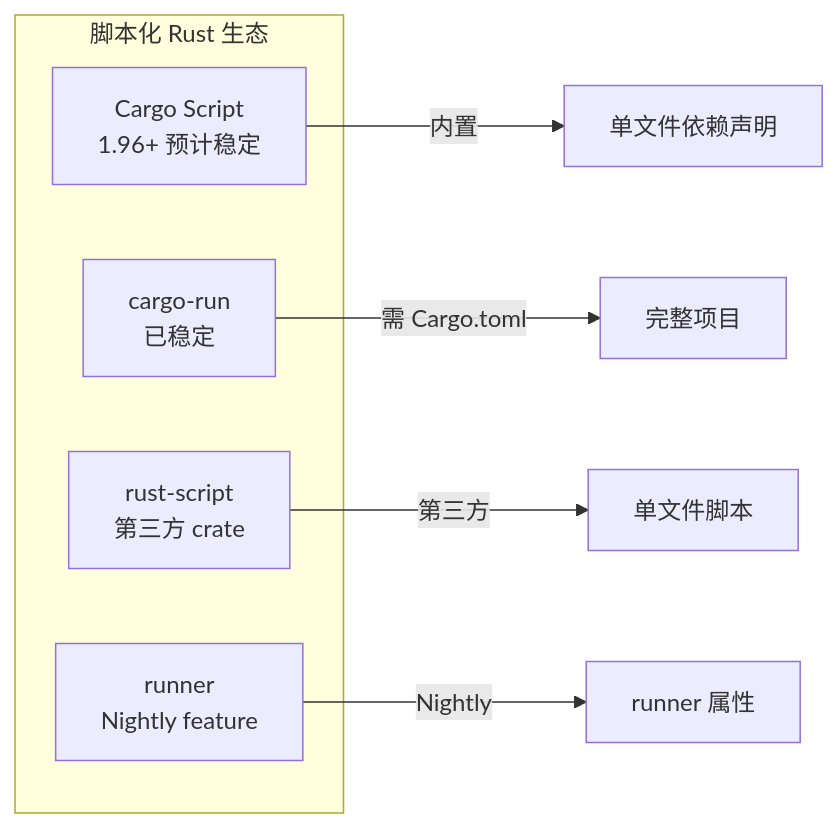
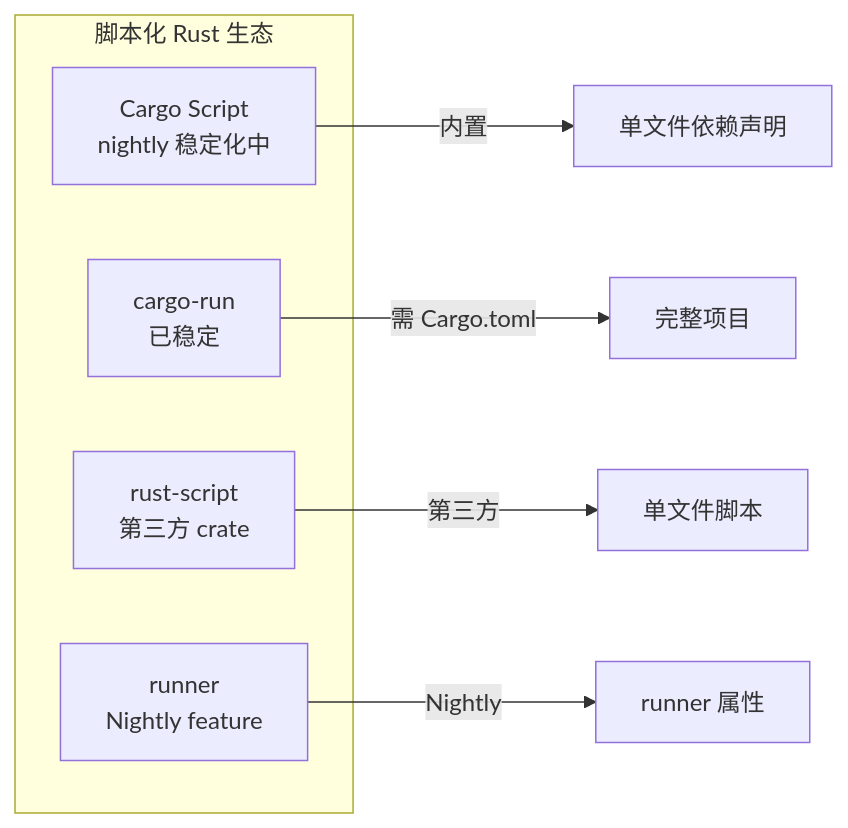
Before and after one commit to martin-ly/rust-lang: the diagram in docs/06_toolchain/06_cargo_script_guide.md, drawn with Mermaid. The commit also changed other lines of this file and 672 other files, not shown here.

````diff
--- a/docs/06_toolchain/06_cargo_script_guide.md
+++ b/docs/06_toolchain/06_cargo_script_guide.md
@@ -246,14 +245,14 @@
 ```mermaid
 graph LR
     subgraph "脚本化 Rust 生态"
-        CS[Cargo Script<br/>1.96+ 预计稳定]
+        CS[Cargo Script<br/>nightly 稳定化中]
         CR[cargo-run<br/>已稳定]
         RS[rust-script<br/>第三方 crate]
         NB[runner<br/>Nightly feature]
     end
 
     CS -->|内置| A1[单文件依赖声明]
     CR -->|需 Cargo.toml| A2[完整项目]
     RS -->|第三方| A3[单文件脚本]
     NB -->|Nightly| A4[runner 属性]
 ```
````
